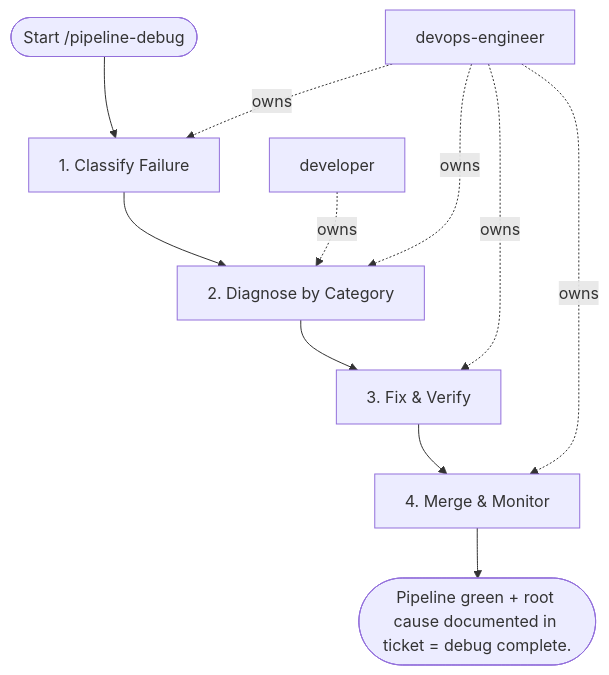
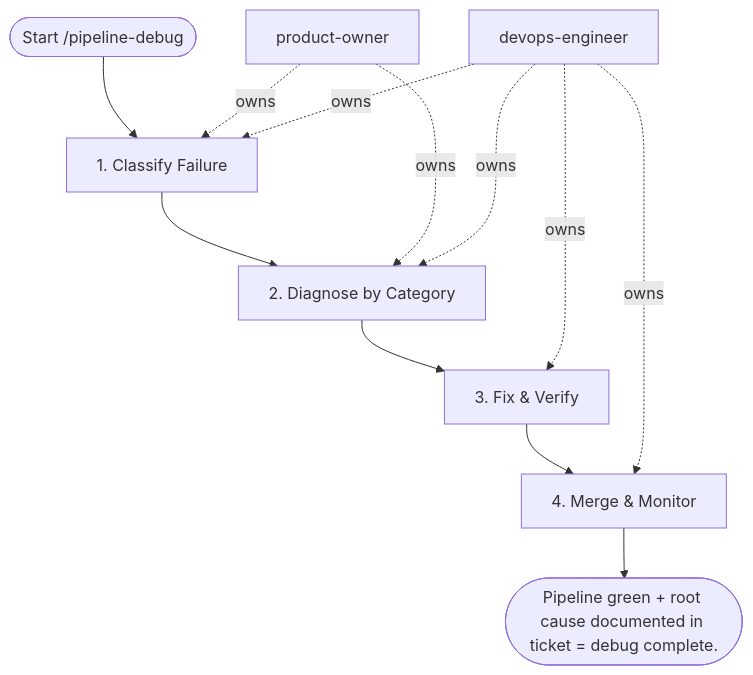
The diagram in areas/devops/ci-cd/workflows/pipeline-debug.md (sawrus/agent-guides), drawn with Mermaid before and after one commit. The commit also changed other lines of this file and 76 other files, not shown here.

Commit message:
Standardize workflow product owner initiation

````diff
--- a/areas/devops/ci-cd/workflows/pipeline-debug.md
+++ b/areas/devops/ci-cd/workflows/pipeline-debug.md
@@ -68,21 +68,22 @@
 ```mermaid
 flowchart TD
   start(["Start /pipeline-debug"])
-  role_1["devops-engineer"]
-  role_2["developer"]
+  role_1["product-owner"]
+  role_2["devops-engineer"]
   step_1["1. Classify Failure"]
   step_2["2. Diagnose by Category"]
   step_3["3. Fix & Verify"]
   step_4["4. Merge & Monitor"]
   exit(["Pipeline green + root cause documented in ticket = debug complete."])
   start --> step_1
   step_1 --> step_2
   step_2 --> step_3
   step_3 --> step_4
   step_4 --> exit
   role_1 -. owns .-> step_1
+  role_2 -. owns .-> step_1
+  role_1 -. owns .-> step_2
   role_2 -. owns .-> step_2
-  role_1 -. owns .-> step_2
-  role_1 -. owns .-> step_3
-  role_1 -. owns .-> step_4
+  role_2 -. owns .-> step_3
+  role_2 -. owns .-> step_4
 ```
````
